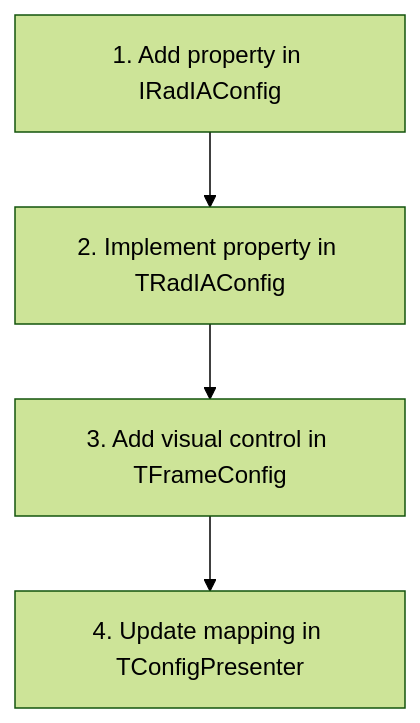
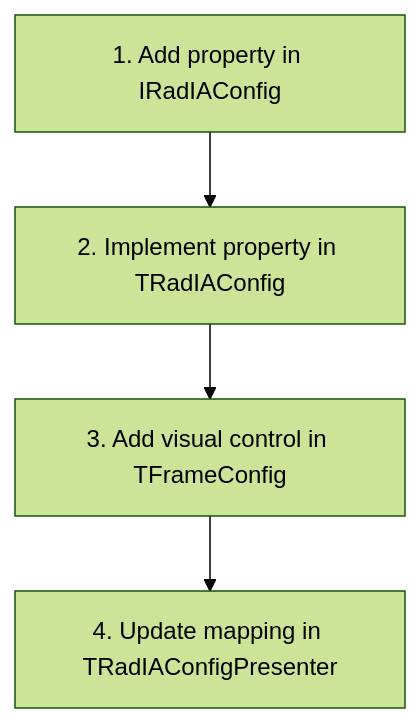
The diagram in docs/source_code_guide.en.md (regyssilveira/RadIA-Plugin), drawn with Mermaid (forest theme) before and after one commit. The commit also changed other lines of this file and 22 other files, not shown here.

````diff
--- a/docs/source_code_guide.en.md
+++ b/docs/source_code_guide.en.md
@@ -115,6 +115,6 @@
 ```mermaid
 graph TD
     A[1. Add property in IRadIAConfig] --> B[2. Implement property in TRadIAConfig]
     B --> C[3. Add visual control in TFrameConfig]
-    C --> D[4. Update mapping in TConfigPresenter]
+    C --> D[4. Update mapping in TRadIAConfigPresenter]
 ```
````
